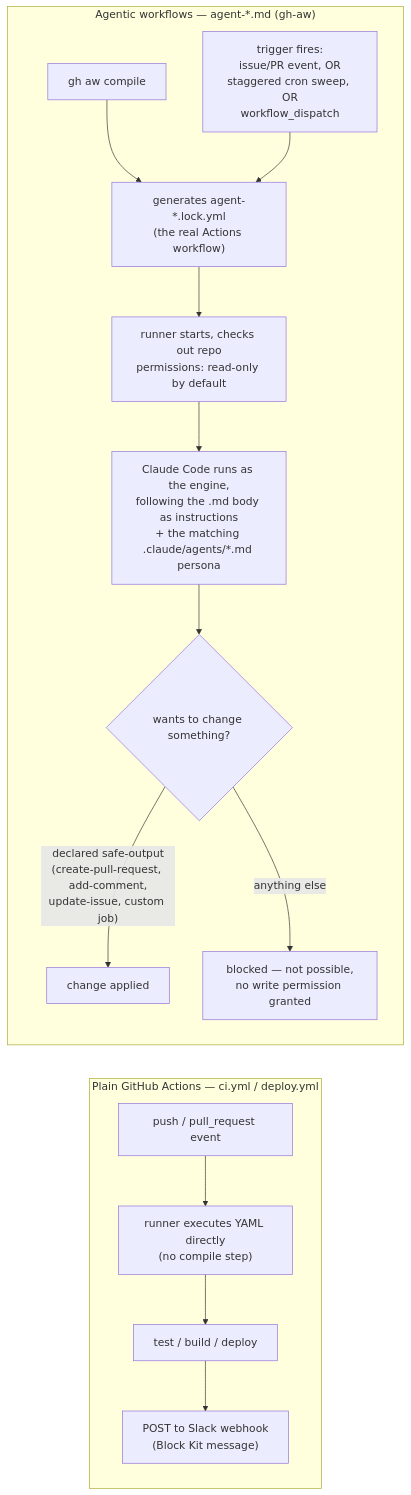
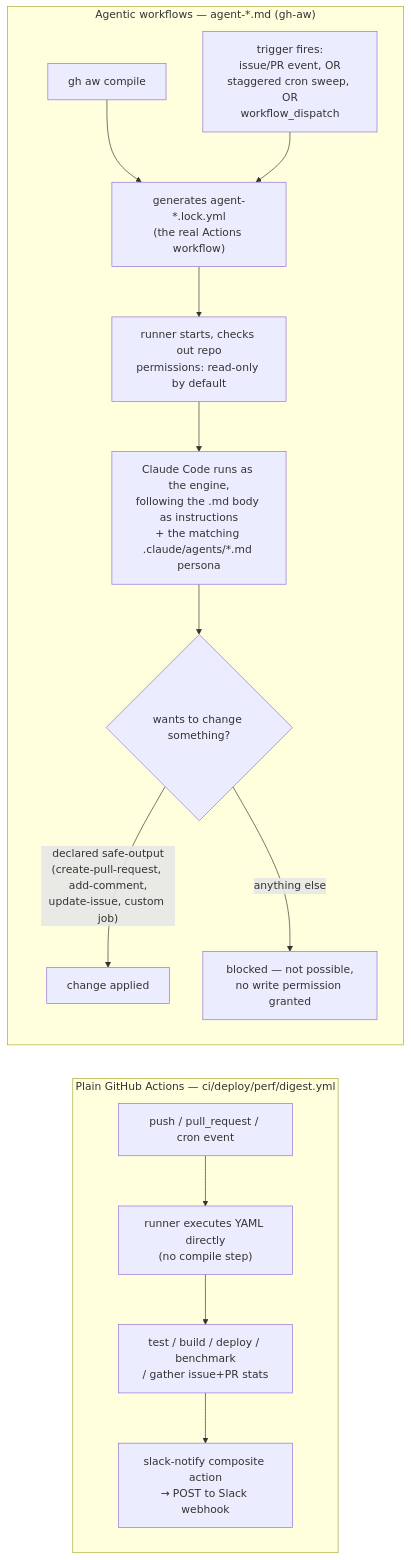
One commit to chamirusenarath96/spec-driven-sdlc-template changed the third of 3 diagrams in README.md. Above: the diagram before and after it, drawn with Mermaid. The commit also changed other lines of this file and 10 other files, not shown here.

````diff
--- a/README.md
+++ b/README.md
@@ -172,18 +173,18 @@
 ```mermaid
 flowchart LR
-    subgraph plain["Plain GitHub Actions — ci.yml / deploy.yml"]
+    subgraph plain["Plain GitHub Actions — ci/deploy/perf/digest.yml"]
         direction TB
-        P1["push / pull_request event"] --> P2["runner executes YAML directly\n(no compile step)"] --> P3["test / build / deploy"] --> P4["POST to Slack webhook\n(Block Kit message)"]
+        P1["push / pull_request / cron event"] --> P2["runner executes YAML directly\n(no compile step)"] --> P3["test / build / deploy / benchmark\n/ gather issue+PR stats"] --> P4["slack-notify composite action\n→ POST to Slack webhook"]
     end
 
     subgraph agentic["Agentic workflows — agent-*.md (gh-aw)"]
         direction TB
         A1["gh aw compile"] --> A2["generates agent-*.lock.yml\n(the real Actions workflow)"]
         A3["trigger fires:\nissue/PR event, OR\nstaggered cron sweep, OR\nworkflow_dispatch"] --> A2
         A2 --> A4["runner starts, checks out repo\npermissions: read-only by default"]
         A4 --> A5["Claude Code runs as the engine,\nfollowing the .md body as instructions\n+ the matching .claude/agents/*.md persona"]
         A5 --> A6{"wants to change something?"}
         A6 -->|"declared safe-output\n(create-pull-request, add-comment,\nupdate-issue, custom job)"| A7["change applied"]
         A6 -->|"anything else"| A8["blocked — not possible,\nno write permission granted"]
     end
 ```
````
